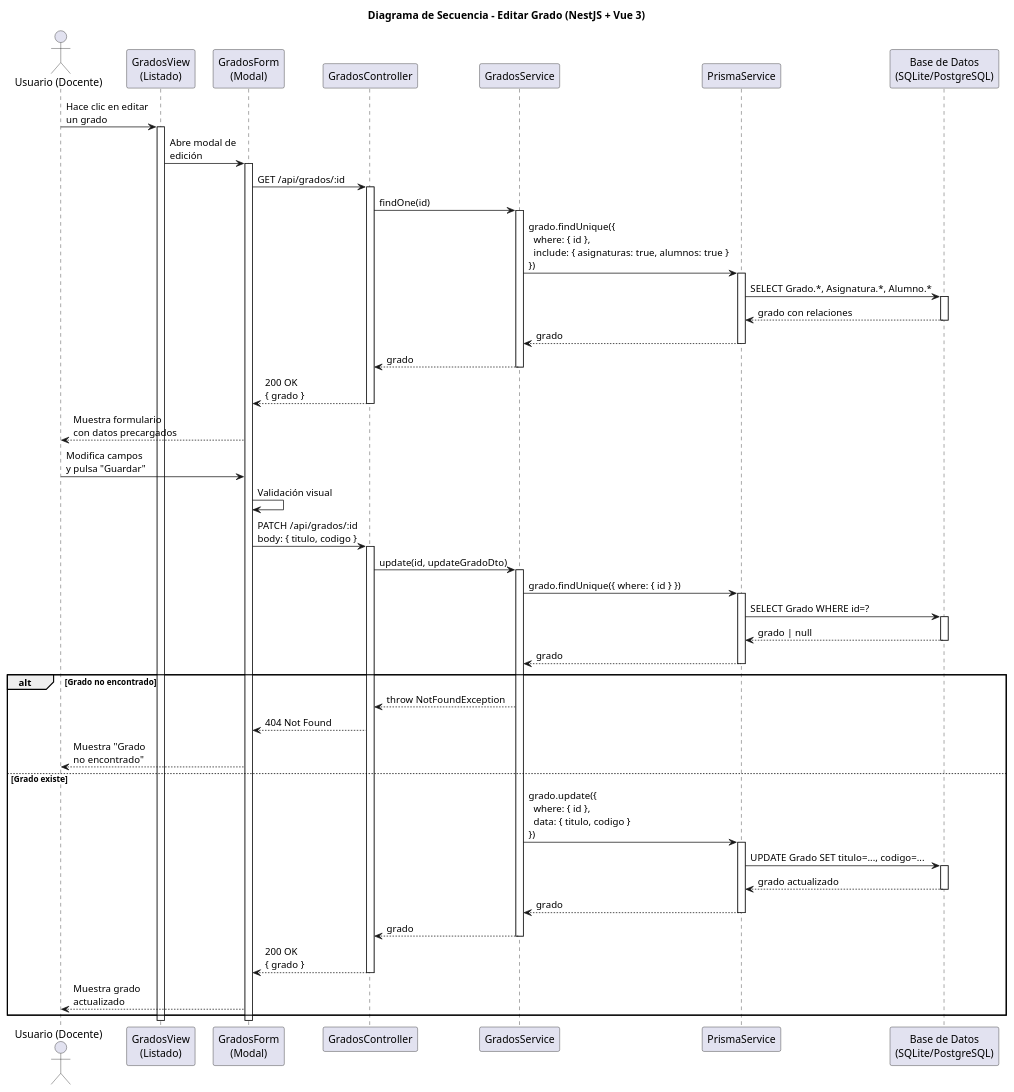
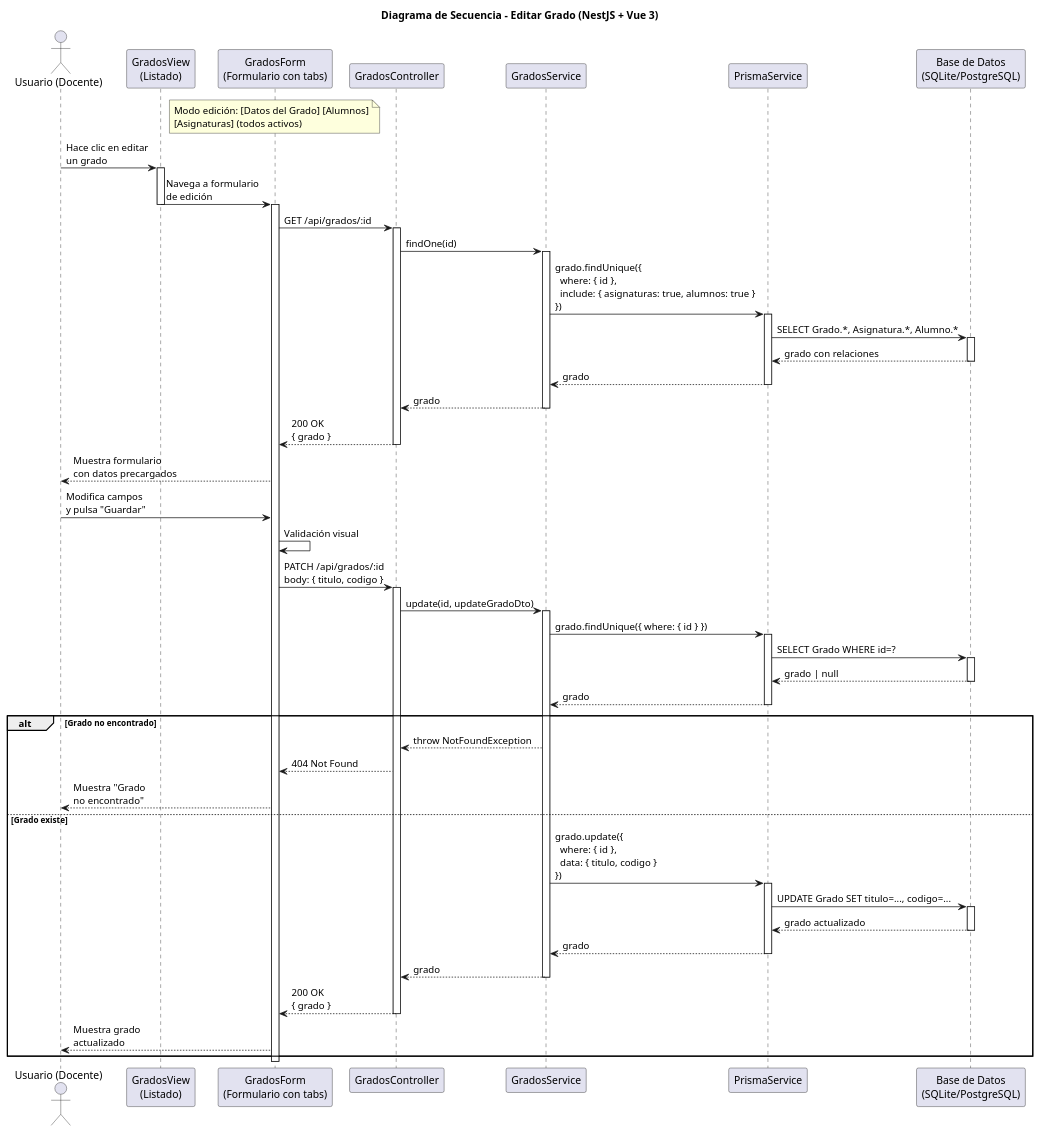
The diagram in documents/diseño/editarGrado/README.md (marcosgutierrez6/25-26-idsw2-sdVC), drawn with PlantUML before and after one commit. The commit also changed other lines of this file and 14 other files, not shown here.

````diff
--- a/documents/diseño/editarGrado/README.md
+++ b/documents/diseño/editarGrado/README.md
@@ -30,80 +30,82 @@
 ```plantuml
 @startuml
 title Diagrama de Secuencia - Editar Grado (NestJS + Vue 3)
 
 actor "Usuario (Docente)" as User
 participant "GradosView\n(Listado)" as List
-participant "GradosForm\n(Modal)" as Form
+participant "GradosForm\n(Formulario con tabs)" as Form
 participant "GradosController" as Controller
 participant "GradosService" as Service
 participant "PrismaService" as Prisma
 participant "Base de Datos\n(SQLite/PostgreSQL)" as DB
 
+note over Form : Modo edición: [Datos del Grado] [Alumnos]\n[Asignaturas] (todos activos)
+
 User -> List: Hace clic en editar\nun grado
 activate List
 
-List -> Form: Abre modal de\nedición
+List -> Form: Navega a formulario\nde edición
+deactivate List
 activate Form
 
 Form -> Controller: GET /api/grados/:id
 activate Controller
 Controller -> Service: findOne(id)
 activate Service
 Service -> Prisma: grado.findUnique({\n  where: { id },\n  include: { asignaturas: true, alumnos: true }\n})
 activate Prisma
 Prisma -> DB: SELECT Grado.*, Asignatura.*, Alumno.*
 activate DB
 DB --> Prisma: grado con relaciones
 deactivate DB
 Prisma --> Service: grado
 deactivate Prisma
 Service --> Controller: grado
 deactivate Service
 Controller --> Form: 200 OK\n{ grado }
 deactivate Controller
 
 Form --> User: Muestra formulario\ncon datos precargados
 
 User -> Form: Modifica campos\ny pulsa "Guardar"
 Form -> Form: Validación visual
 
 Form -> Controller: PATCH /api/grados/:id\nbody: { titulo, codigo }
 activate Controller
 Controller -> Service: update(id, updateGradoDto)
 activate Service
 
 Service -> Prisma: grado.findUnique({ where: { id } })
 activate Prisma
 Prisma -> DB: SELECT Grado WHERE id=?
 activate DB
 DB --> Prisma: grado | null
 deactivate DB
 Prisma --> Service: grado
 deactivate Prisma
 
 alt Grado no encontrado
   Service --> Controller: throw NotFoundException
   Controller --> Form: 404 Not Found
   Form --> User: Muestra "Grado\nno encontrado"
 else Grado existe
   Service -> Prisma: grado.update({\n  where: { id },\n  data: { titulo, codigo }\n})
   activate Prisma
   Prisma -> DB: UPDATE Grado SET titulo=..., codigo=...
   activate DB
   DB --> Prisma: grado actualizado
   deactivate DB
   Prisma --> Service: grado
   deactivate Prisma
 
   Service --> Controller: grado
   deactivate Service
   Controller --> Form: 200 OK\n{ grado }
   deactivate Controller
   Form --> User: Muestra grado\nactualizado
 end
 
 deactivate Form
-deactivate List
 
 @enduml
 ```
````
